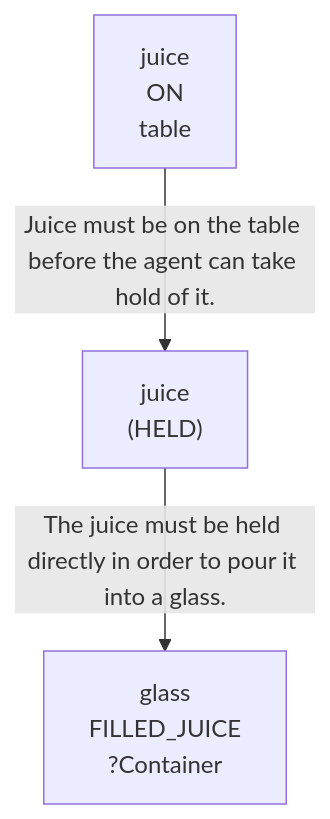
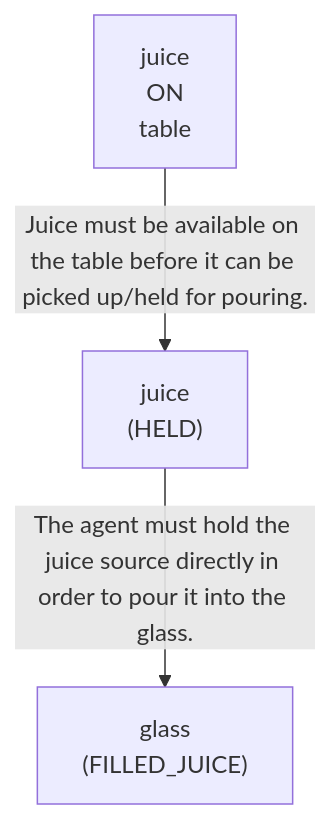
The third of 4 diagrams in evaluation/results/table3/robostate/runs/without_memory/M1_02/run_T3_without_memory_M1_02.md (scuama/virtualhome), drawn with Mermaid before and after one commit. The commit also changed other lines of this file and 507 other files, not shown here.

````diff
--- a/evaluation/results/table3/robostate/runs/without_memory/M1_02/run_T3_without_memory_M1_02.md
+++ b/evaluation/results/table3/robostate/runs/without_memory/M1_02/run_T3_without_memory_M1_02.md
@@ -136,8 +136,8 @@
 ```mermaid
 graph TD
     N1["juice<br>ON<br>table"]
     N2["juice<br>(HELD)"]
-    N3["glass<br>FILLED_JUICE<br>?Container"]
-    N1 -->|"Juice must be on the table before the agent can take hold of it."| N2
-    N2 -->|"The juice must be held directly in order to pour it into a glass."| N3
+    N3["glass<br>(FILLED_JUICE)"]
+    N1 -->|"Juice must be available on the table before it can be picked up/held for pouring."| N2
+    N2 -->|"The agent must hold the juice source directly in order to pour it into the glass."| N3
 ```
````
